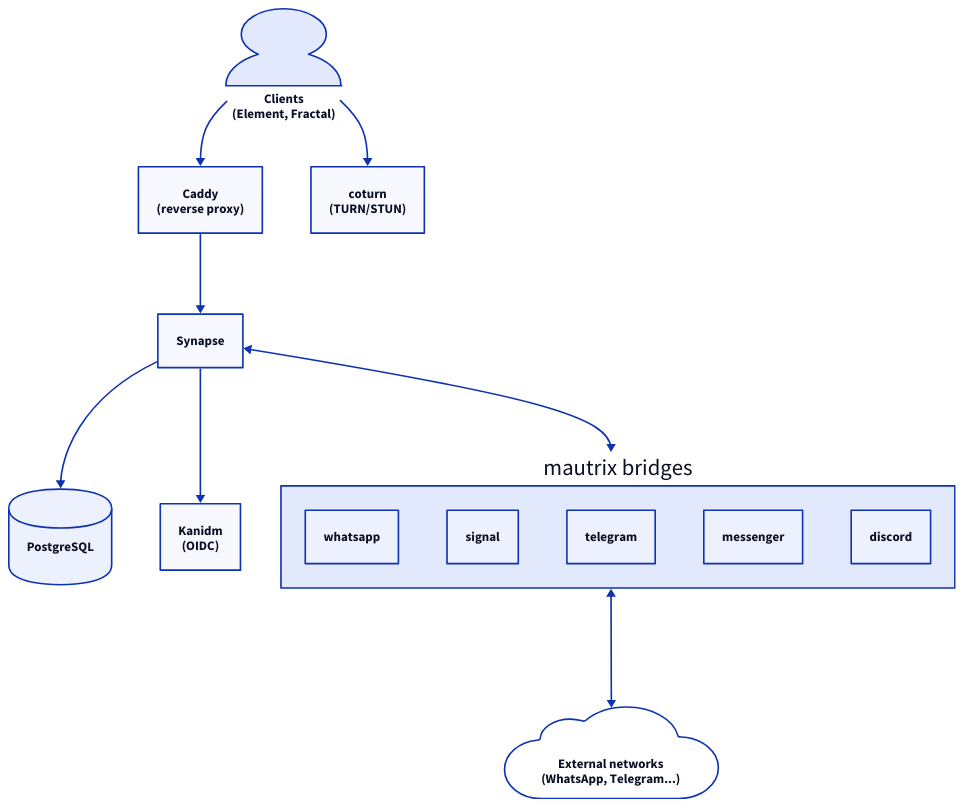
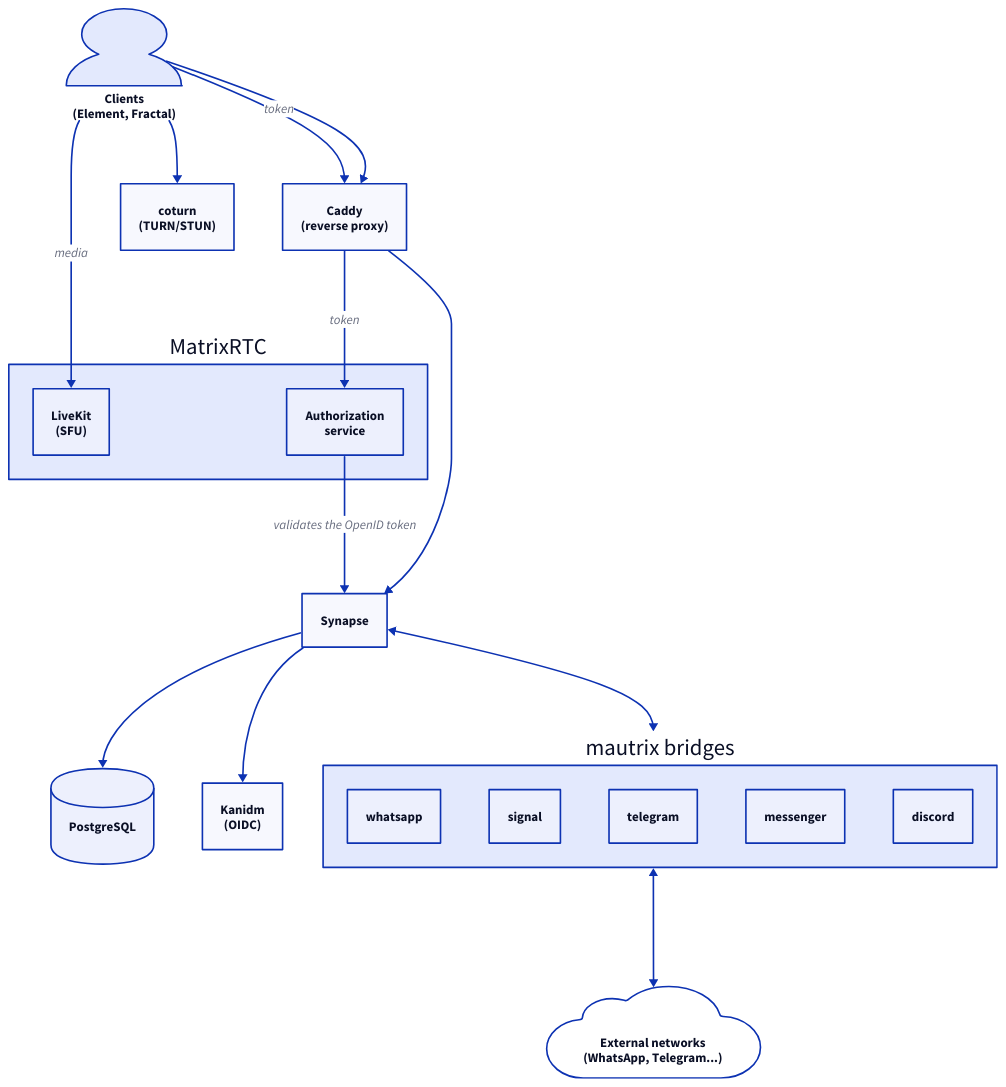
One commit to darkone-linux/dnf-doc changed the first of 3 diagrams in src/content/docs/en/doc/admin-guide/understand/matrix.mdx. Above: the diagram before and after it, drawn with D2. The commit also changed other lines of this file and 9 other files, not shown here.

````diff
--- a/src/content/docs/en/doc/admin-guide/understand/matrix.mdx
+++ b/src/content/docs/en/doc/admin-guide/understand/matrix.mdx
@@ -26,34 +24,41 @@
 ```d2
 style.fill: transparent
 direction: down
 
 client: Clients\n(Element, Fractal) {
   shape: person
 }
 caddy: Caddy\n(reverse proxy)
 synapse: Synapse {
   shape: rectangle
 }
 pg: PostgreSQL {
   shape: cylinder
 }
 idm: Kanidm\n(OIDC)
 turn: coturn\n(TURN/STUN)
+rtc: MatrixRTC {
+  sfu: LiveKit\n(SFU)
+  jwt: Authorization\nservice
+}
 
 bridges: mautrix bridges {
   wa: whatsapp
   sig: signal
   tg: telegram
   meta: messenger
   dc: discord
 }
 
 ext: External networks\n(WhatsApp, Telegram...) {
   shape: cloud
 }
 
 client -> caddy -> synapse -> pg
 synapse -> idm
 client -> turn
+client -> rtc.sfu: media
+client -> caddy -> rtc.jwt: token
+rtc.jwt -> synapse: validates the OpenID token
 synapse <-> bridges <-> ext
 ```
````
